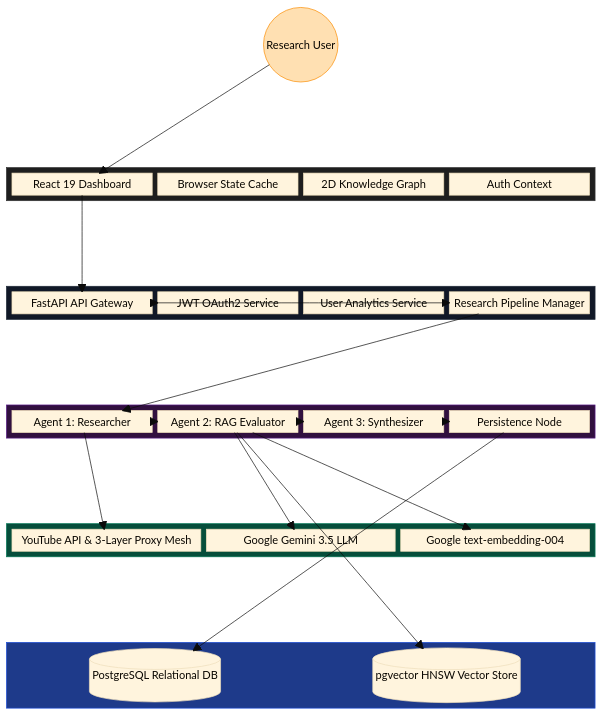
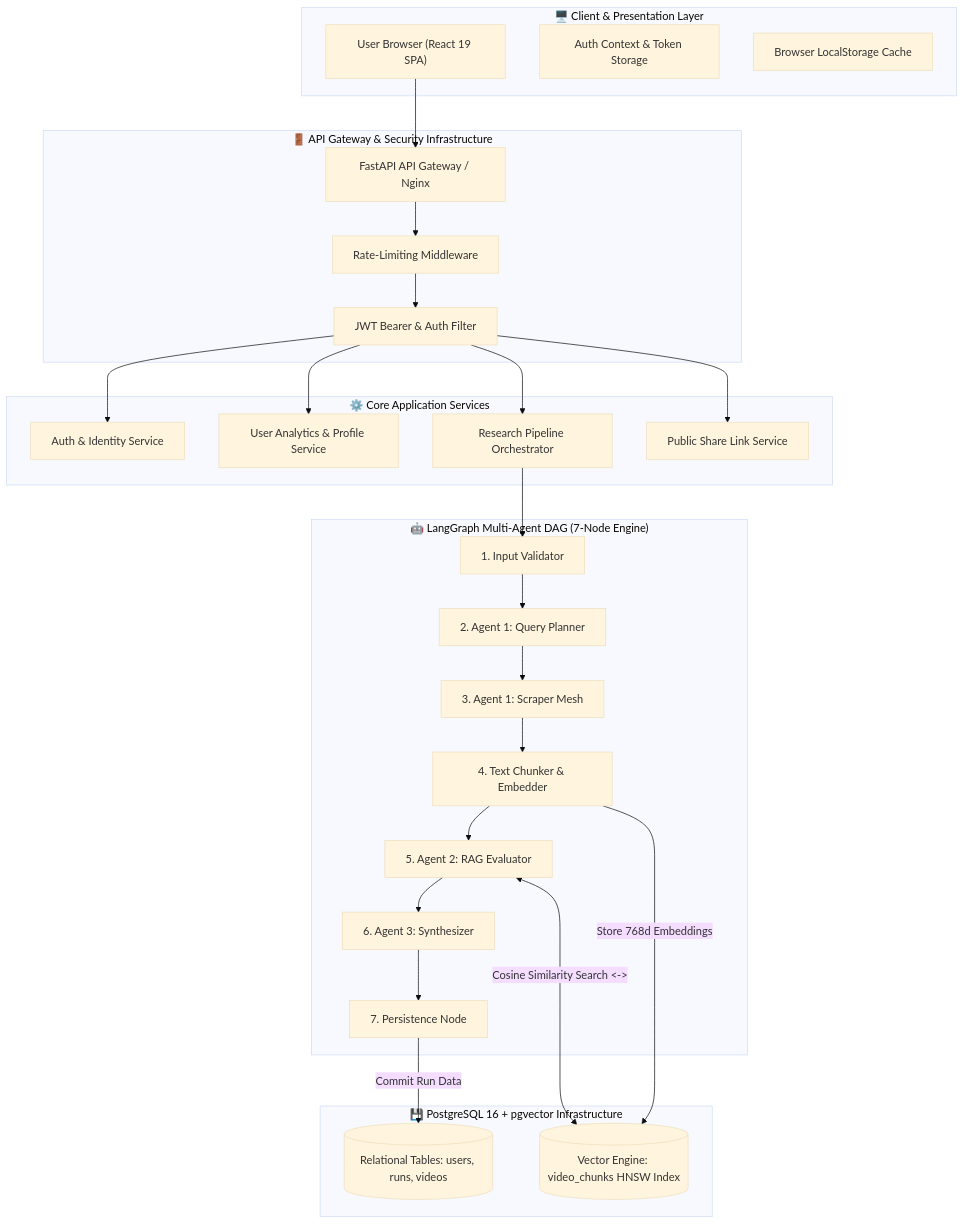
Before and after one commit to saketjha34/ResearchTube: the diagram in README.md, drawn with Mermaid (base theme). The commit also changed other lines of this file, not shown here.

````diff
--- a/README.md
+++ b/README.md
@@ -16,73 +39,43 @@
 ```mermaid
-block-beta
-  columns 4
+flowchart TB
+    subgraph Clients ["🖥️ Client & Presentation Layer"]
+        Browser["User Browser (React 19 SPA)"]
+        AuthContext["Auth Context & Token Storage"]
+        StateCache["Browser LocalStorage Cache"]
+    end
 
-  user(("Research User")):4
-  space:4
+    subgraph GatewayLayer ["🚪 API Gateway & Security Infrastructure"]
+        APIGateway["FastAPI API Gateway / Nginx"]
+        RateLimiter["Rate-Limiting Middleware"]
+        JWTAuthFilter["JWT Bearer & Auth Filter"]
+    end
 
-  block:frontend:4
-    columns 4
-    ui["React 19 Dashboard"]
-    cache["Browser State Cache"]
-    graph_ui["2D Knowledge Graph"]
-    auth_ui["Auth Context"]
-  end
+    subgraph CoreServices ["⚙️ Core Application Services"]
+        AuthService["Auth & Identity Service"]
+        UserStatsService["User Analytics & Profile Service"]
+        ResearchManager["Research Pipeline Orchestrator"]
+        ShareService["Public Share Link Service"]
+    end
 
-  space:4
+    subgraph AgentEngine ["🤖 LangGraph Multi-Agent DAG (7-Node Engine)"]
+        N1["1. Input Validator"] --> N2["2. Agent 1: Query Planner"]
+        N2 --> N3["3. Agent 1: Scraper Mesh"]
+        N3 --> N4["4. Text Chunker & Embedder"]
+        N4 --> N5["5. Agent 2: RAG Evaluator"]
+        N5 --> N6["6. Agent 3: Synthesizer"]
+        N6 --> N7["7. Persistence Node"]
+    end
 
-  block:backend:4
-    columns 4
-    gateway["FastAPI API Gateway"]
-    auth_svc["JWT OAuth2 Service"]
-    stats_svc["User Analytics Service"]
-    pipeline["Research Pipeline Manager"]
-  end
+    subgraph StorageLayer ["💾 PostgreSQL 16 + pgvector Infrastructure"]
+        tblRelational[(Relational Tables: users, runs, videos)]
+        tblVector[(Vector Engine: video_chunks HNSW Index)]
+    end
 
-  space:4
-
-  block:agents:4
-    columns 4
-    agent1["Agent 1: Researcher"]
-    agent2["Agent 2: RAG Evaluator"]
-    agent3["Agent 3: Synthesizer"]
-    persist["Persistence Node"]
-  end
-
-  space:4
-
-  block:external:4
-    columns 3
-    youtube["YouTube API & 3-Layer Proxy Mesh"]
-    gemini_llm["Google Gemini 3.5 LLM"]
-    gemini_embed["Google text-embedding-004"]
-  end
-
-  space:4
-
-  block:storage:4
-    columns 2
-    db_relational[("PostgreSQL Relational DB")]
-    db_vector[("pgvector HNSW Vector Store")]
-  end
-
-  user --> ui
-  ui --> gateway
-  gateway --> auth_svc
-  gateway --> pipeline
-  pipeline --> agent1
-  agent1 --> youtube
-  agent1 --> agent2
-  agent2 --> gemini_embed
-  agent2 --> gemini_llm
-  agent2 --> agent3
-  agent3 --> persist
-  persist --> db_relational
-  agent2 --> db_vector
-
-  style user fill:#ffe0b2,stroke:#fb8c00
-  style frontend fill:#1e1e1e,stroke:#333333
-  style backend fill:#111827,stroke:#1f2937
-  style agents fill:#31103f,stroke:#581c87
-  style external fill:#064e3b,stroke:#047857
-  style storage fill:#1e3a8a,stroke:#1d4ed8
+    Browser --> APIGateway
+    APIGateway --> RateLimiter --> JWTAuthFilter
+    JWTAuthFilter --> AuthService & UserStatsService & ResearchManager & ShareService
+    ResearchManager --> N1
+    N4 -->|Store 768d Embeddings| tblVector
+    N5 <-->|Cosine Similarity Search <->| tblVector
+    N7 -->|Commit Run Data| tblRelational
 ```
````
